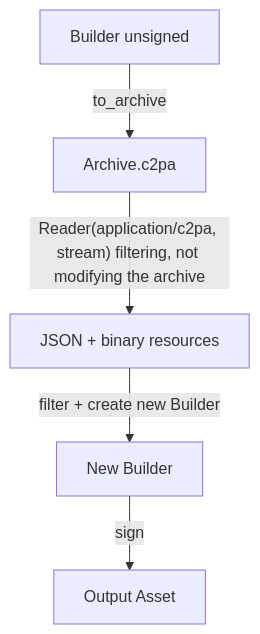
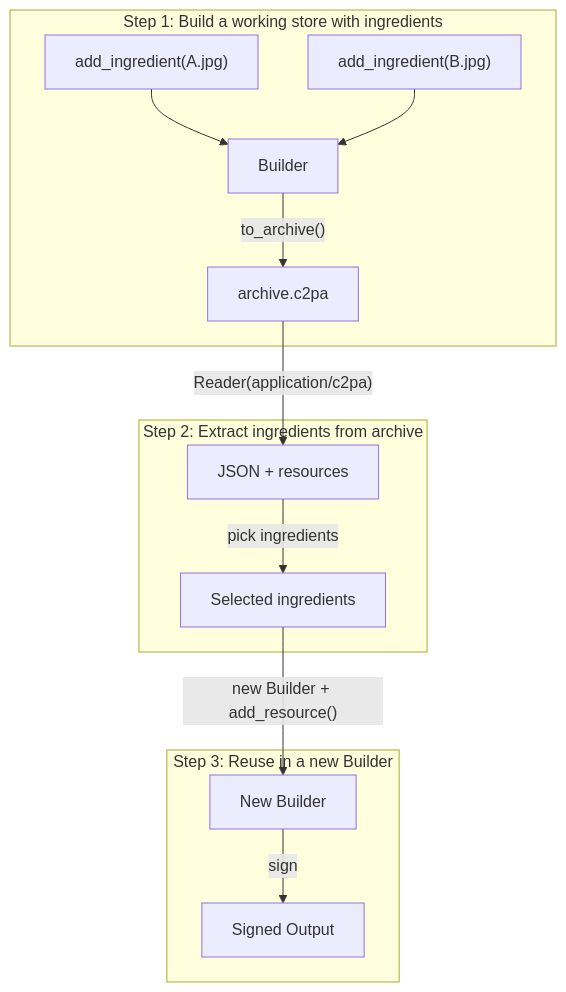
One commit to contentauth/c2pa-c changed the fourth of 9 diagrams in docs/selective-manifests.md. Above: the diagram before and after it, drawn with Mermaid. The commit also changed other lines of this file and 1 other file, not shown here.

````diff
--- a/docs/selective-manifests.md
+++ b/docs/selective-manifests.md
@@ -301,7 +591,16 @@
 ```mermaid
 flowchart TD
-    B1[Builder unsigned] -->|to_archive| AR[Archive.c2pa]
-    AR -->|"Reader(application/c2pa, stream) filtering, not modifying the archive"| JSON[JSON + binary resources]
-    JSON -->|"filter + create new Builder"| B2[New Builder]
-    B2 -->|sign| OUT[Output Asset]
+    subgraph Step1["Step 1: Build a working store with ingredients"]
+        IA["add_ingredient(A.jpg)"] --> B1[Builder]
+        IB["add_ingredient(B.jpg)"] --> B1
+        B1 -->|"to_archive()"| AR["archive.c2pa"]
+    end
+    subgraph Step2["Step 2: Extract ingredients from archive"]
+        AR -->|"Reader(application/c2pa)"| RD[JSON + resources]
+        RD -->|"pick ingredients"| SEL[Selected ingredients]
+    end
+    subgraph Step3["Step 3: Reuse in a new Builder"]
+        SEL -->|"new Builder + add_resource()"| B2[New Builder]
+        B2 -->|sign| OUT[Signed Output]
+    end
 ```
````
